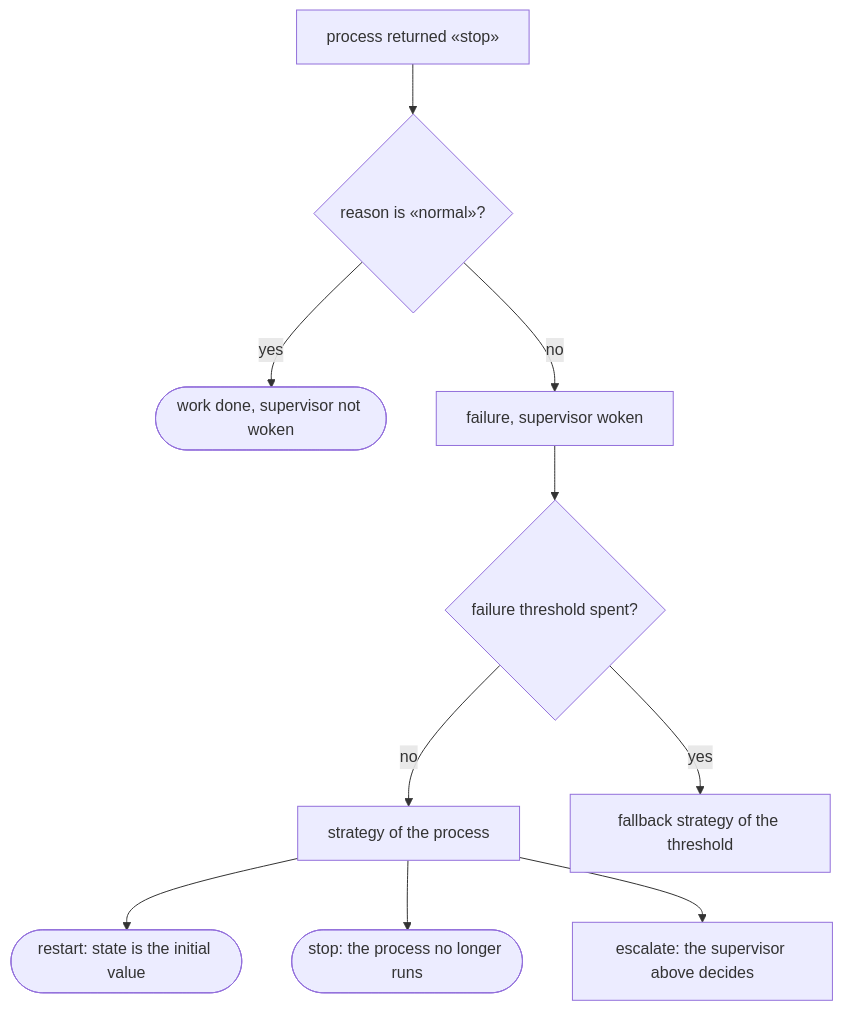
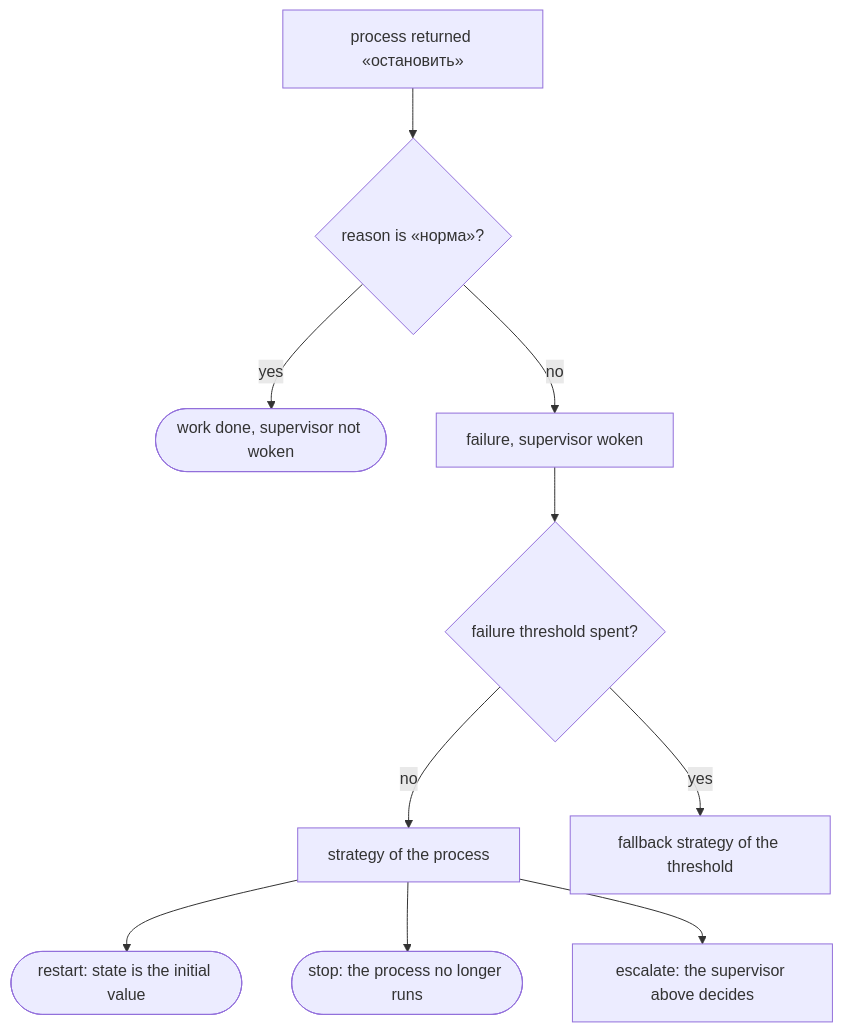
The diagram in docs/site/processes.md (digitable-lol/flang), drawn with Mermaid before and after one commit. The commit also changed other lines of this file and 9 other files, not shown here.

````diff
--- a/docs/site/processes.md
+++ b/docs/site/processes.md
@@ -48,15 +99,15 @@
 ```mermaid What happens when a process fails
 flowchart TD
-  A[process returned «stop»] --> B{reason is «normal»?}
+  A[process returned «остановить»] --> B{reason is «норма»?}
   B -->|yes| C([work done, supervisor not woken])
   B -->|no| D[failure, supervisor woken]
   D --> E{failure threshold spent?}
   E -->|no| F[strategy of the process]
   E -->|yes| G[fallback strategy of the threshold]
   F --> H([restart: state is the initial value])
   F --> I([stop: the process no longer runs])
   F --> J[escalate: the supervisor above decides]
   class D otkaz
   class C vyvod
   class H vyvod
 ```
````
